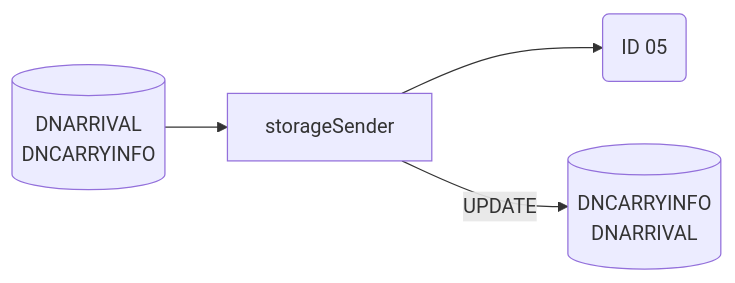
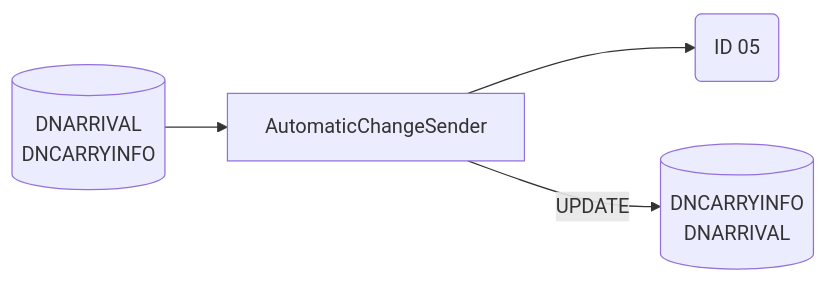
Before and after one commit to luthfiadityaa/SimeDarby-Wiki: the third of 8 diagrams in Basic-Design/DFD-WMS/Storage/Unplanned-Storage/Irregular-Cases-%2D-Unplanned.md, drawn with Mermaid.

Commit message:
Updated Irregular Cases - Unplanned

```diff
--- a/Basic-Design/DFD-WMS/Storage/Unplanned-Storage/Irregular-Cases-%2D-Unplanned.md
+++ b/Basic-Design/DFD-WMS/Storage/Unplanned-Storage/Irregular-Cases-%2D-Unplanned.md
@@ -154,18 +154,18 @@
 ::: mermaid
 flowchart LR
 storageSender-update[("
 DNCARRYINFO
 DNARRIVAL
 ")]
 storageSender-input[("
 DNARRIVAL
 DNCARRYINFO
 ")]
 
 id05msg("
 ID 05
 ")
 
-storageSender-input-->storageSender-->id05msg
-storageSender--> |UPDATE| storageSender-update
+storageSender-input-->AutomaticChangeSender-->id05msg
+AutomaticChangeSender--> |UPDATE| storageSender-update
 :::
```
